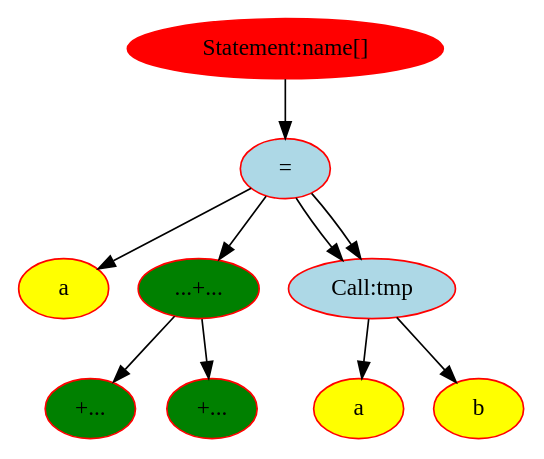
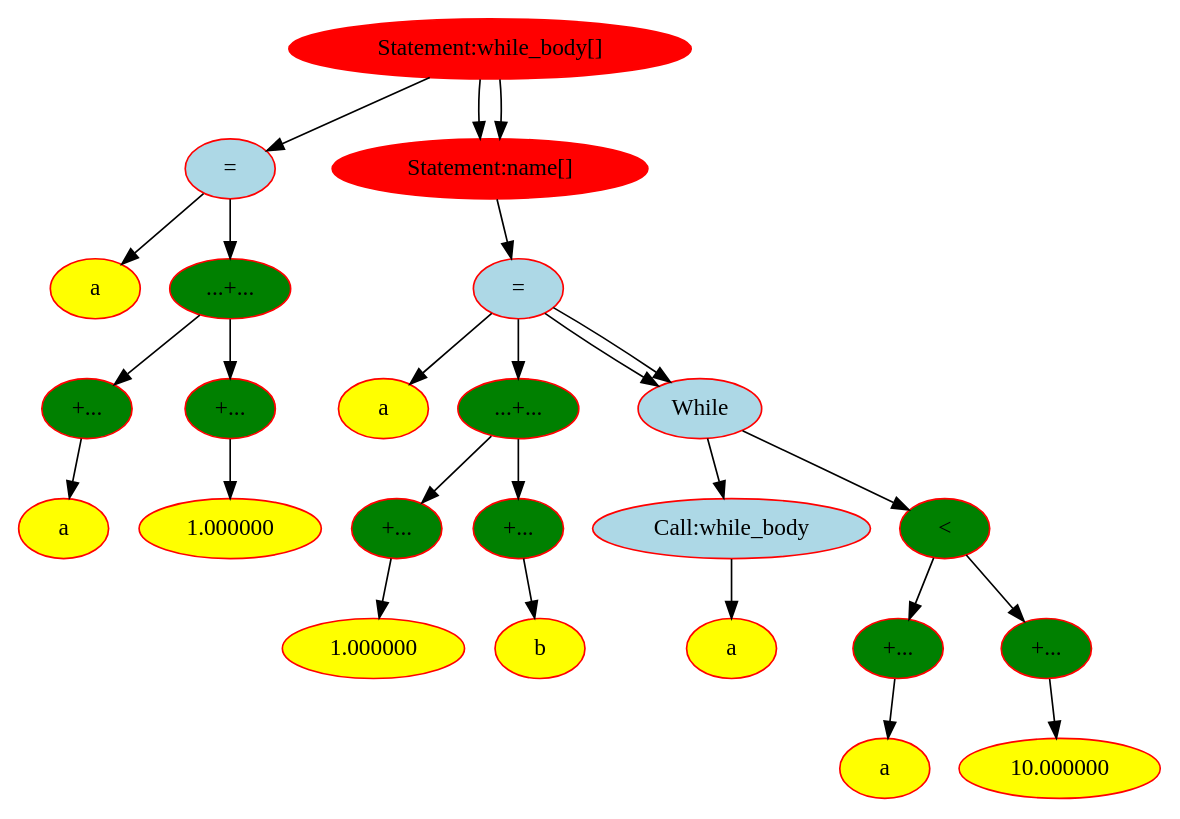
The diagram in bin/graph.dot (Zararest/6_Parascript), drawn with Graphviz before and after one commit. The commit also changed 7 other files, not shown here.

```diff
--- a/bin/graph.dot
+++ b/bin/graph.dot
@@ -1,21 +1,52 @@
 digraph Dump{
 node[color=red,fontsize=14, style=filled]
-"0x5617979448c0" [label = "Statement:name[]" fillcolor = red]
-"0x5617979448c0" -> "0x5617979449b0"
-"0x5617979449b0" [label = "=" fillcolor=lightblue]
-"0x5617979449b0" -> "0x5617979449e0"
-"0x5617979449e0" [label = "a" fillcolor=yellow]
-"0x5617979449b0" -> "0x561797944ac0"
-"0x561797944ac0" [label = "...+..." fillcolor=green]
-"0x561797944ac0" -> "0x561797944a20"
-"0x561797944a20" [label = "+..." fillcolor=green]
-"0x561797944ac0" -> "0x561797944a90"
-"0x561797944a90" [label = "+..." fillcolor=green]
-"0x5617979449b0" -> "0x561797944ae0"
-"0x5617979449b0" -> "0x561797944ae0"
-"0x561797944ae0" [label = "Call:tmp" fillcolor=lightblue]
-"0x561797944ae0" -> "0x561797944b50"
-"0x561797944b50" [label = "a" fillcolor=yellow]
-"0x561797944ae0" -> "0x561797944bb0"
-"0x561797944bb0" [label = "b" fillcolor=yellow]
+"0x55e2be6a3f00" [label = "Statement:while_body[]" fillcolor = red]
+"0x55e2be6a3f00" -> "0x55e2be6a3fa0"
+"0x55e2be6a3fa0" [label = "=" fillcolor=lightblue]
+"0x55e2be6a3fa0" -> "0x55e2be6a3ff0"
+"0x55e2be6a3ff0" [label = "a" fillcolor=yellow]
+"0x55e2be6a3fa0" -> "0x55e2be6a40d0"
+"0x55e2be6a40d0" [label = "...+..." fillcolor=green]
+"0x55e2be6a40d0" -> "0x55e2be6a4050"
+"0x55e2be6a4050" [label = "+..." fillcolor=green]
+"0x55e2be6a4050" -> "0x55e2be6a4030"
+"0x55e2be6a4030" [label = "a" fillcolor=yellow]
+"0x55e2be6a40d0" -> "0x55e2be6a40a0"
+"0x55e2be6a40a0" [label = "+..." fillcolor=green]
+"0x55e2be6a40a0" -> "0x55e2be6a4080"
+"0x55e2be6a4080" [label = "1.000000" fillcolor=yellow]
+"0x55e2be6a3f00" -> "0x55e2be6a40f0"
+"0x55e2be6a3f00" -> "0x55e2be6a40f0"
+"0x55e2be6a40f0" [label = "Statement:name[]" fillcolor = red]
+"0x55e2be6a40f0" -> "0x55e2be6a41e0"
+"0x55e2be6a41e0" [label = "=" fillcolor=lightblue]
+"0x55e2be6a41e0" -> "0x55e2be6a4210"
+"0x55e2be6a4210" [label = "a" fillcolor=yellow]
+"0x55e2be6a41e0" -> "0x55e2be6a42f0"
+"0x55e2be6a42f0" [label = "...+..." fillcolor=green]
+"0x55e2be6a42f0" -> "0x55e2be6a4250"
+"0x55e2be6a4250" [label = "+..." fillcolor=green]
+"0x55e2be6a4250" -> "0x55e2be6a4230"
+"0x55e2be6a4230" [label = "1.000000" fillcolor=yellow]
+"0x55e2be6a42f0" -> "0x55e2be6a42c0"
+"0x55e2be6a42c0" [label = "+..." fillcolor=green]
+"0x55e2be6a42c0" -> "0x55e2be6a42a0"
+"0x55e2be6a42a0" [label = "b" fillcolor=yellow]
+"0x55e2be6a41e0" -> "0x55e2be6a4310"
+"0x55e2be6a41e0" -> "0x55e2be6a4310"
+"0x55e2be6a4310" [label = "While" fillcolor=lightblue]
+"0x55e2be6a4310" -> "0x55e2be6a4430"
+"0x55e2be6a4430" [label = "Call:while_body" fillcolor=lightblue]
+"0x55e2be6a4430" -> "0x55e2be6a44a0"
+"0x55e2be6a44a0" [label = "a" fillcolor=yellow]
+"0x55e2be6a4310" -> "0x55e2be6a4400"
+"0x55e2be6a4400" [label = "<" fillcolor=green]
+"0x55e2be6a4400" -> "0x55e2be6a4380"
+"0x55e2be6a4380" [label = "+..." fillcolor=green]
+"0x55e2be6a4380" -> "0x55e2be6a4360"
+"0x55e2be6a4360" [label = "a" fillcolor=yellow]
+"0x55e2be6a4400" -> "0x55e2be6a43d0"
+"0x55e2be6a43d0" [label = "+..." fillcolor=green]
+"0x55e2be6a43d0" -> "0x55e2be6a43b0"
+"0x55e2be6a43b0" [label = "10.000000" fillcolor=yellow]
 }
```
